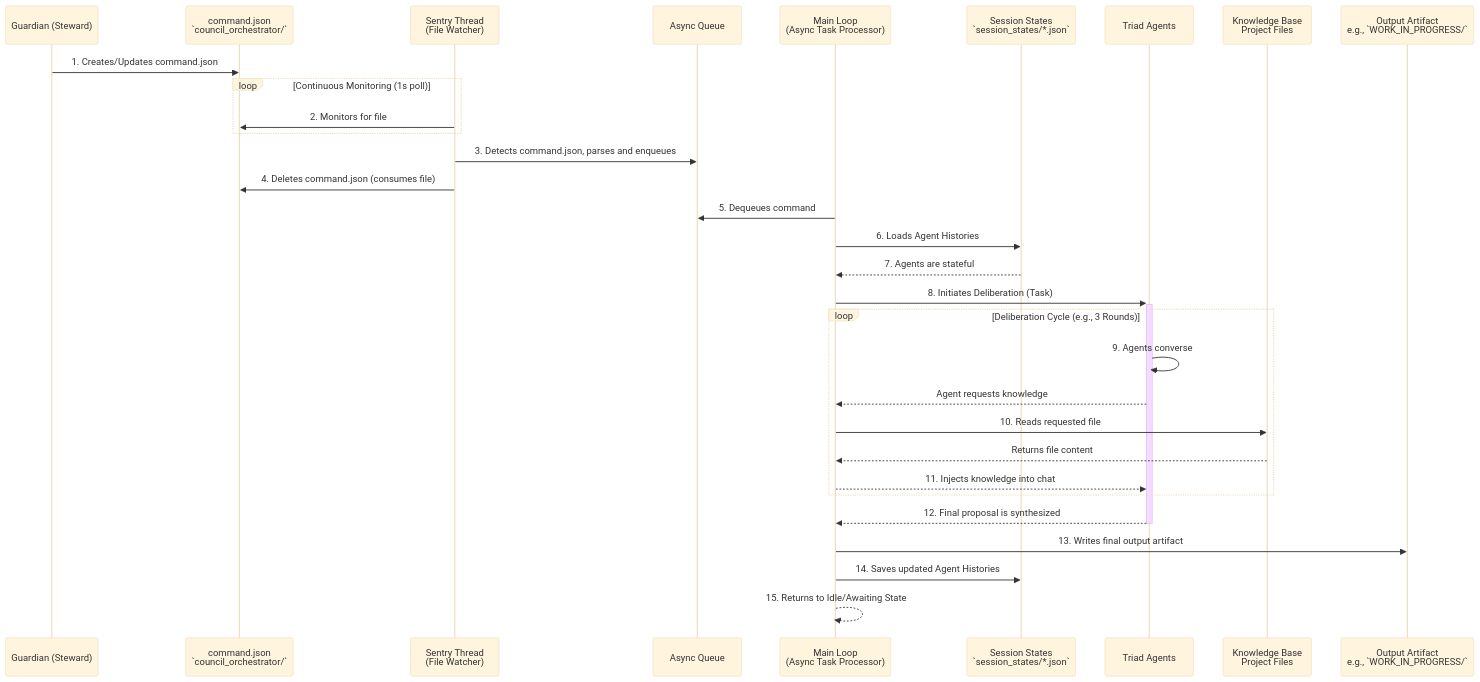
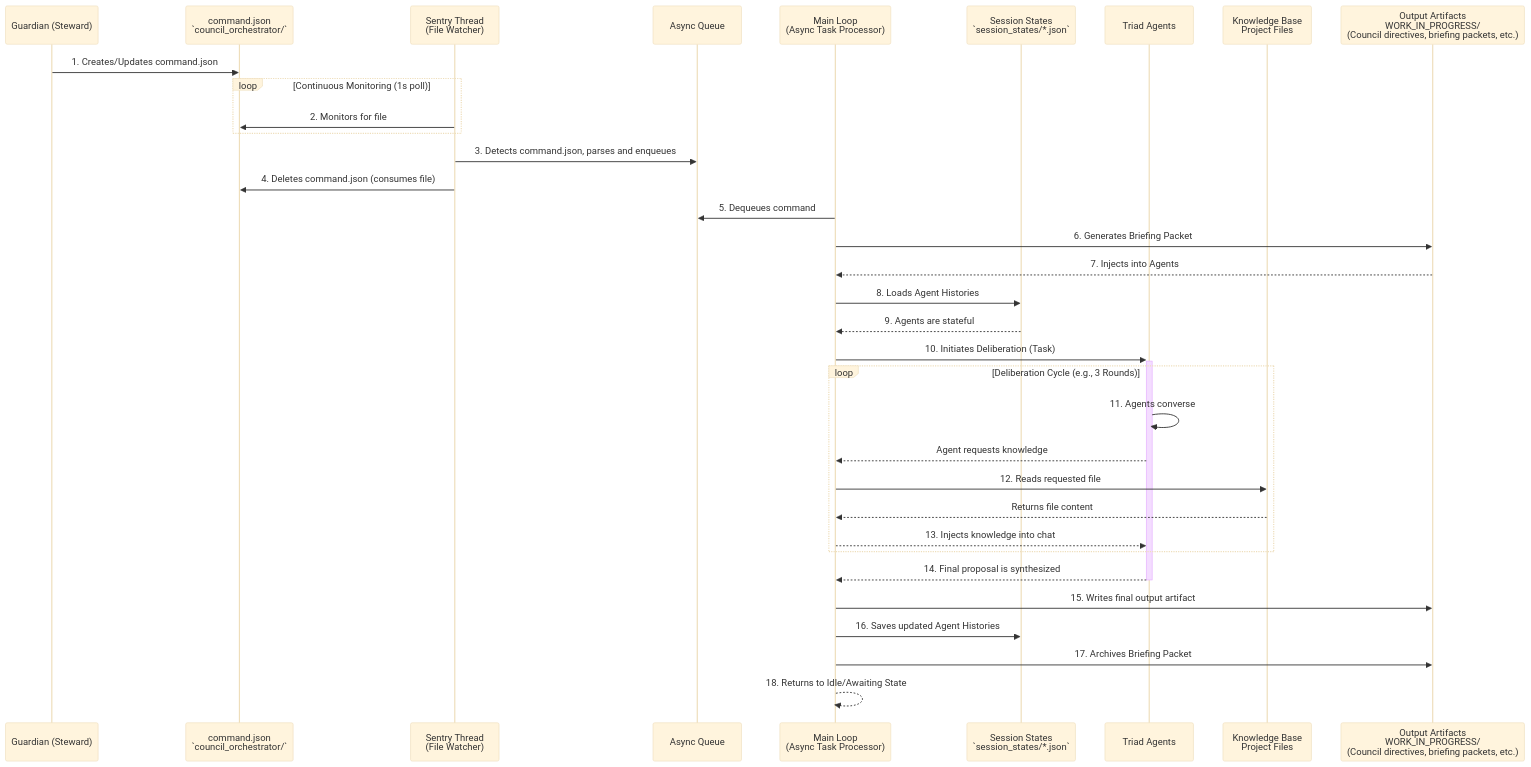
The first of 2 diagrams in council_orchestrator/README.md (richfrem/Project_Sanctuary), drawn with Mermaid (base theme) before and after one commit. The commit also changed other lines of this file and 15 other files, not shown here.

Commit message:
Update genome to reflect Orchestrator v2.0 multi-threading, briefing packet integration, Guardian role, and Council Memory Synchronization Protocol

````diff
--- a/council_orchestrator/README.md
+++ b/council_orchestrator/README.md
@@ -29,47 +37,50 @@
 ```mermaid
 sequenceDiagram
-    participant G as Guardian (Steward)
-    participant CFile as command.json <br> `council_orchestrator/`
-    participant Sentry as Sentry Thread <br> (File Watcher)
-    participant Queue as Async Queue
-    participant Main as Main Loop <br> (Async Task Processor)
-    participant SA as Session States <br> `session_states/*.json`
-    participant Triad as Triad Agents
-    participant KB as Knowledge Base <br> Project Files
-    participant A as Output Artifact <br> e.g., `WORK_IN_PROGRESS/`
+    participant Guardian as Guardian (Steward)
+    participant CommandFile as command.json <br> `council_orchestrator/`
+    participant SentryThread as Sentry Thread <br> (File Watcher)
+    participant AsyncQueue as Async Queue
+    participant MainLoop as Main Loop <br> (Async Task Processor)
+    participant SessionStates as Session States <br> `session_states/*.json`
+    participant TriadAgents as Triad Agents
+    participant KnowledgeBase as Knowledge Base <br> Project Files
+    participant OutputArtifacts as Output Artifacts <br> WORK_IN_PROGRESS/ <br/>(Council directives, briefing packets, etc.)
 
-    G->>CFile: 1. Creates/Updates command.json
+    Guardian->>CommandFile: 1. Creates/Updates command.json
 
     loop Continuous Monitoring (1s poll)
-        Sentry->>CFile: 2. Monitors for file
+        SentryThread->>CommandFile: 2. Monitors for file
     end
 
     %% Sentry detects and queues the command
-    Sentry->>Queue: 3. Detects command.json, parses and enqueues
-    Sentry->>CFile: 4. Deletes command.json (consumes file)
+    SentryThread->>AsyncQueue: 3. Detects command.json, parses and enqueues
+    SentryThread->>CommandFile: 4. Deletes command.json (consumes file)
 
     %% Main Loop processes the queued command
-    Main->>Queue: 5. Dequeues command
-    Main->>SA: 6. Loads Agent Histories
-    SA-->>Main: 7. Agents are stateful
+    MainLoop->>AsyncQueue: 5. Dequeues command
+    MainLoop->>OutputArtifacts: 6. Generates Briefing Packet
+    OutputArtifacts-->>MainLoop: 7. Injects into Agents
+    MainLoop->>SessionStates: 8. Loads Agent Histories
+    SessionStates-->>MainLoop: 9. Agents are stateful
 
     %% Main Loop delegates to the Triad
-    Main->>+Triad: 8. Initiates Deliberation (Task)
+    MainLoop->>+TriadAgents: 10. Initiates Deliberation (Task)
 
     loop Deliberation Cycle (e.g., 3 Rounds)
-        Triad->>Triad: 9. Agents converse
-        Triad-->>Main: Agent requests knowledge
-        Main->>KB: 10. Reads requested file
-        KB-->>Main: Returns file content
-        Main-->>Triad: 11. Injects knowledge into chat
+        TriadAgents->>TriadAgents: 11. Agents converse
+        TriadAgents-->>MainLoop: Agent requests knowledge
+        MainLoop->>KnowledgeBase: 12. Reads requested file
+        KnowledgeBase-->>MainLoop: Returns file content
+        MainLoop-->>TriadAgents: 13. Injects knowledge into chat
     end
 
     %% Triad completes its work
-    Triad-->>-Main: 12. Final proposal is synthesized
+    TriadAgents-->>-MainLoop: 14. Final proposal is synthesized
 
-    Main->>A: 13. Writes final output artifact
-    Main->>SA: 14. Saves updated Agent Histories
+    MainLoop->>OutputArtifacts: 15. Writes final output artifact
+    MainLoop->>SessionStates: 16. Saves updated Agent Histories
+    MainLoop->>OutputArtifacts: 17. Archives Briefing Packet
 
     %% Main Loop returns to idle
-    Main-->>Main: 15. Returns to Idle/Awaiting State
+    MainLoop-->>MainLoop: 18. Returns to Idle/Awaiting State
 ```
````
